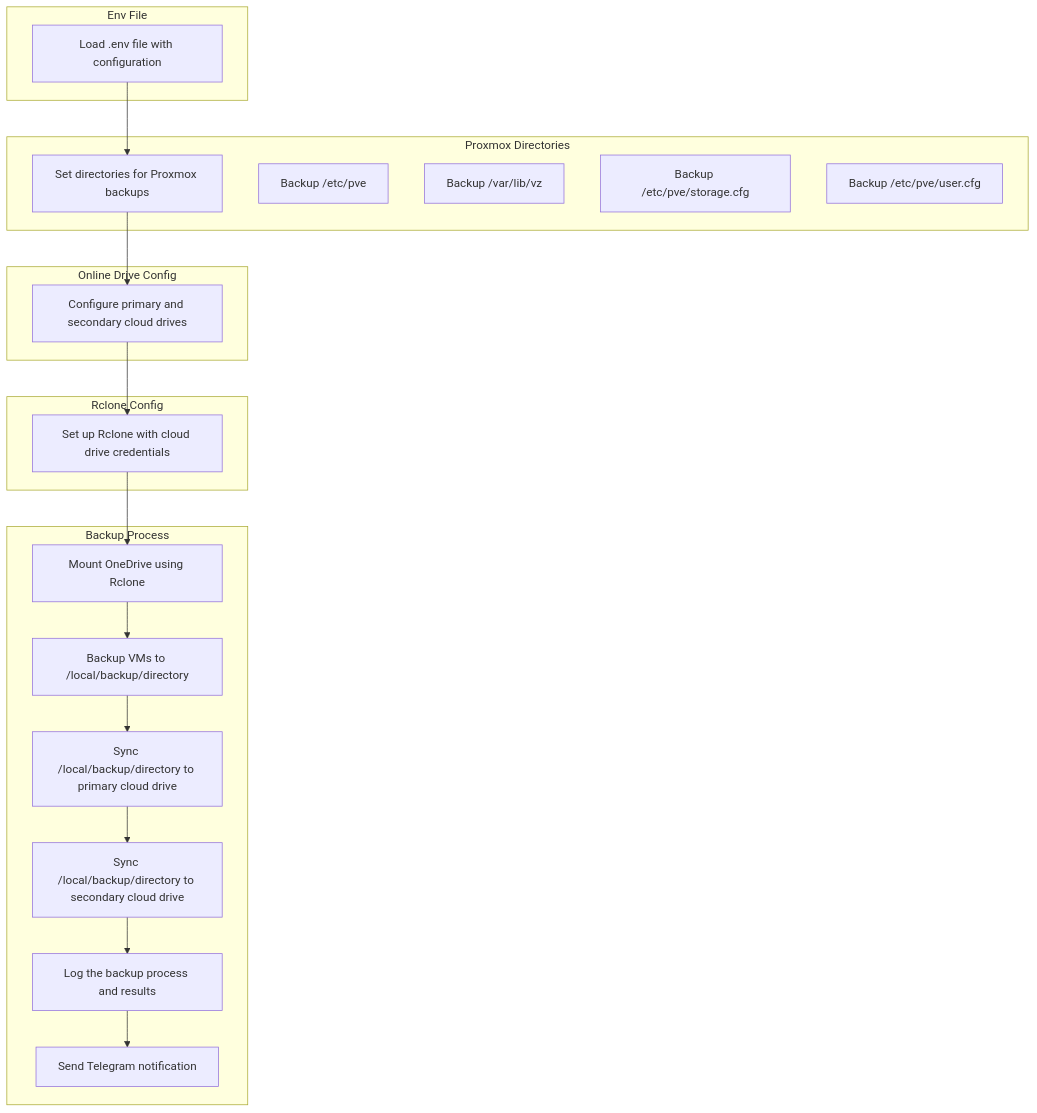
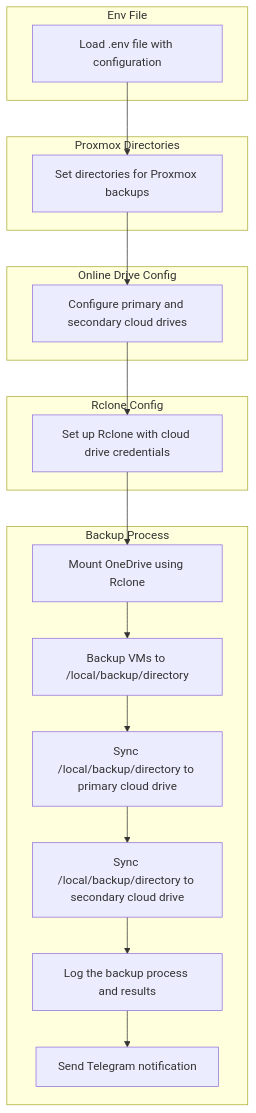
The diagram in Promox/Backup-Proxmox.md (tamld/IaC), drawn with Mermaid before and after one commit. The commit also changed other lines of this file, not shown here.

Commit message:
Update Backup contents guide

````diff
--- a/Promox/Backup-Proxmox.md
+++ b/Promox/Backup-Proxmox.md
@@ -8,41 +17,37 @@
 ```mermaid
 graph TD
     A[Load Env File] --> B[Set Proxmox Directories]
     B --> C[Set Online Drive Config]
     C --> D[Set Rclone Config]
     D --> E[Mount OneDrive]
     E --> F[Backup VMs to Local Directory]
     F --> G[Sync Backup to Primary Cloud Drive]
     G --> H[Sync Backup to Secondary Cloud Drive]
     H --> I[Log Backup Process]
     I --> J[Send Telegram Notification]
 
     subgraph Env File
         A[Load .env file with configuration]
     end
 
     subgraph Proxmox Directories
         B[Set directories for Proxmox backups]
-        B1[Backup /etc/pve]
-        B2[Backup /var/lib/vz]
-        B3[Backup /etc/pve/storage.cfg]
-        B4[Backup /etc/pve/user.cfg]
     end
 
     subgraph Online Drive Config
         C[Configure primary and secondary cloud drives]
     end
 
     subgraph Rclone Config
         D[Set up Rclone with cloud drive credentials]
     end
 
     subgraph Backup Process
         E[Mount OneDrive using Rclone]
         F[Backup VMs to /local/backup/directory]
         G[Sync /local/backup/directory to primary cloud drive]
         H[Sync /local/backup/directory to secondary cloud drive]
         I[Log the backup process and results]
         J[Send Telegram notification]
     end
 ```
````
